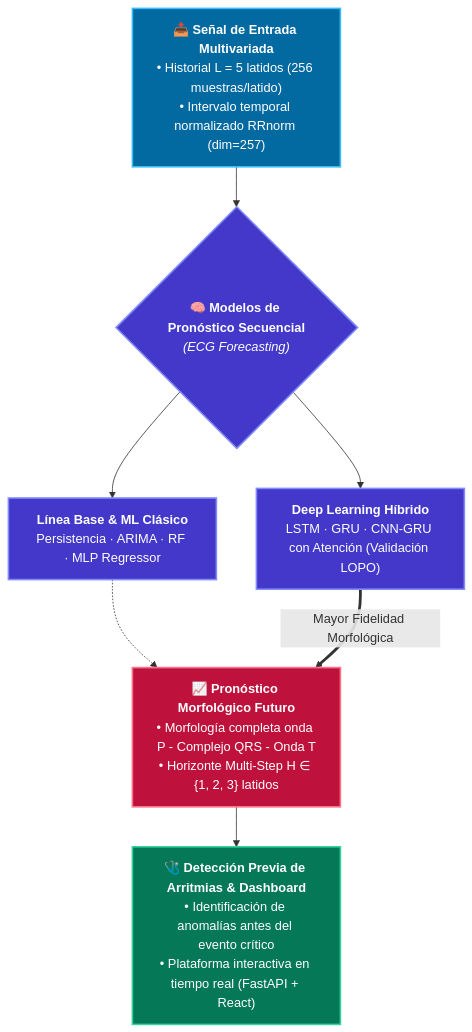
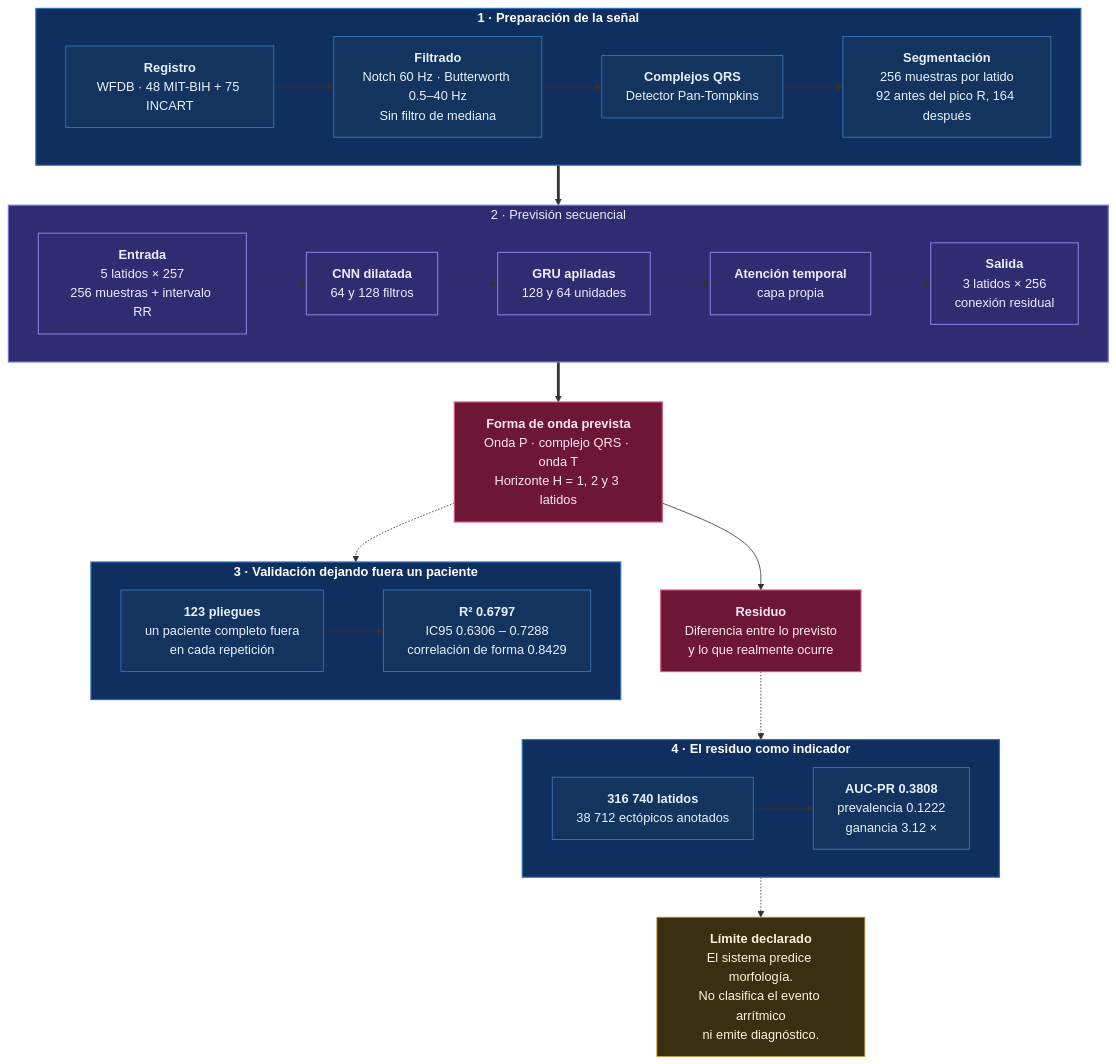
Before and after one commit to EvoShell/FORECASTING-ECG: the diagram in README.md, drawn with Mermaid. The commit also changed other lines of this file and 401 other files, not shown here.

First line of the commit message:
Version 1.0 — sistema completo, verificado y desplegado

````diff
--- a/README.md
+++ b/README.md
@@ -78,25 +112,68 @@
 ```mermaid
-flowchart TD
-    classDef input fill:#0369a1,stroke:#38bdf8,stroke-width:2px,color:#ffffff;
-    classDef model fill:#4338ca,stroke:#818cf8,stroke-width:2px,color:#ffffff;
-    classDef output fill:#be123c,stroke:#fb7185,stroke-width:2px,color:#ffffff;
-    classDef clinic fill:#047857,stroke:#34d399,stroke-width:2px,color:#ffffff;
+flowchart TB
+    %% ── Paleta ───────────────────────────────────────────────────────────
+    %% Los colores se declaran con su texto, de modo que el diagrama se lee
+    %% igual en el tema claro y en el oscuro de GitHub.
+    classDef fase      fill:#0f2f5e,stroke:#2f6fb5,stroke-width:1.5px,color:#ffffff,font-weight:600
+    classDef paso      fill:#12345f,stroke:#3d7cc4,stroke-width:1px,color:#e8f1fb
+    classDef modelo    fill:#312c72,stroke:#7b76d6,stroke-width:1.5px,color:#eeecff
+    classDef salida    fill:#6e1636,stroke:#d4577e,stroke-width:1.5px,color:#ffe8ef
+    classDef medida    fill:#0d4739,stroke:#3fa98a,stroke-width:1.5px,color:#e3fbf3
+    classDef nota      fill:#3a2f10,stroke:#c99a2e,stroke-width:1px,color:#fdf3dc
 
-    IN["<b>📥 Señal de Entrada Multivariada</b><br/>• Historial L = 5 latidos (256 muestras/latido)<br/>• Intervalo temporal normalizado RRnorm (dim=257)"]:::input
-    
-    MOD{"<b>🧠 Modelos de Pronóstico Secuencial</b><br/><i>(ECG Forecasting)</i>"}:::model
-    
-    ML["<b>Línea Base & ML Clásico</b><br/>Persistencia · ARIMA · RF · MLP Regressor"]:::model
-    DL["<b>Deep Learning Híbrido</b><br/>LSTM · GRU · CNN-GRU con Atención (Validación LOPO)"]:::model
+    %% ── 1 · De la señal cruda a la ventana de entrada ────────────────────
+    subgraph PREP["1 · Preparación de la señal"]
+        direction LR
+        P1["<b>Registro</b><br/>WFDB · 48 MIT-BIH + 75 INCART"]
+        P2["<b>Filtrado</b><br/>Notch 60 Hz · Butterworth 0.5–40 Hz<br/>Sin filtro de mediana"]
+        P3["<b>Complejos QRS</b><br/>Detector Pan-Tompkins"]
+        P4["<b>Segmentación</b><br/>256 muestras por latido<br/>92 antes del pico R, 164 después"]
+        P1 --> P2 --> P3 --> P4
+    end
 
-    OUT["<b>📈 Pronóstico Morfológico Futuro</b><br/>• Morfología completa onda P - Complejo QRS - Onda T<br/>• Horizonte Multi-Step H ∈ {1, 2, 3} latidos"]:::output
+    %% ── 2 · El modelo ───────────────────────────────────────────────────
+    subgraph MOD["2 · Previsión secuencial"]
+        direction LR
+        M0["<b>Entrada</b><br/>5 latidos × 257<br/>256 muestras + intervalo RR"]
+        M1["<b>CNN dilatada</b><br/>64 y 128 filtros"]
+        M2["<b>GRU apiladas</b><br/>128 y 64 unidades"]
+        M3["<b>Atención temporal</b><br/>capa propia"]
+        M4["<b>Salida</b><br/>3 latidos × 256<br/>conexión residual"]
+        M0 --> M1 --> M2 --> M3 --> M4
+    end
 
-    DET["<b>🩺 Detección Previa de Arritmias & Dashboard</b><br/>• Identificación de anomalías antes del evento crítico<br/>• Plataforma interactiva en tiempo real (FastAPI + React)"]:::clinic
+    %% ── 3 · Qué se obtiene ──────────────────────────────────────────────
+    OUT["<b>Forma de onda prevista</b><br/>Onda P · complejo QRS · onda T<br/>Horizonte H = 1, 2 y 3 latidos"]
+    RES["<b>Residuo</b><br/>Diferencia entre lo previsto<br/>y lo que realmente ocurre"]
 
-    IN --> MOD
-    MOD --> ML
-    MOD --> DL
-    ML -.-> OUT
-    DL ==>|Mayor Fidelidad Morfológica| OUT
-    OUT --> DET
+    %% ── 4 · Cómo se comprueba ───────────────────────────────────────────
+    subgraph EVAL["3 · Validación dejando fuera un paciente"]
+        direction LR
+        E1["<b>123 pliegues</b><br/>un paciente completo fuera<br/>en cada repetición"]
+        E2["<b>R² 0.6797</b><br/>IC95 0.6306 – 0.7288<br/>correlación de forma 0.8429"]
+        E1 --> E2
+    end
+
+    subgraph DET["4 · El residuo como indicador"]
+        direction LR
+        D1["<b>316 740 latidos</b><br/>38 712 ectópicos anotados"]
+        D2["<b>AUC-PR 0.3808</b><br/>prevalencia 0.1222<br/>ganancia 3.12 ×"]
+        D1 --> D2
+    end
+
+    LIM["<b>Límite declarado</b><br/>El sistema predice morfología.<br/>No clasifica el evento arrítmico<br/>ni emite diagnóstico."]
+
+    %% ── Enlaces ─────────────────────────────────────────────────────────
+    PREP  ==> MOD
+    MOD   ==> OUT
+    OUT   --> RES
+    OUT   -.-> EVAL
+    RES   -.-> DET
+    DET   -.-> LIM
+
+    class PREP,EVAL,DET fase
+    class P1,P2,P3,P4,E1,E2,D1,D2 paso
+    class MOD,M0,M1,M2,M3,M4 modelo
+    class OUT,RES salida
+    class LIM nota
 ```
````
